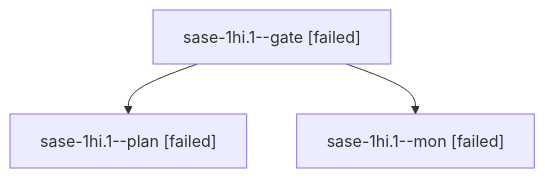
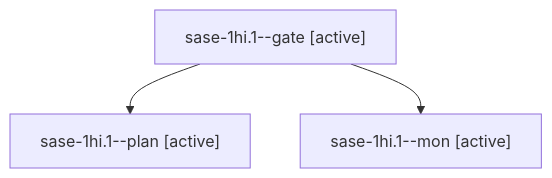
Before and after one commit to sase-org/sase--agents: the diagram in sessions/bbugyi200.apollo.sase-1hi.1.md, drawn with Mermaid. The commit also changed other lines of this file and 330 other files, not shown here.

````diff
--- a/sessions/bbugyi200.apollo.sase-1hi.1.md
+++ b/sessions/bbugyi200.apollo.sase-1hi.1.md
@@ -9,8 +9,8 @@
 ```mermaid
 flowchart TD
-  n0["sase-1hi.1--gate [failed]"]
-  n1["sase-1hi.1--plan [failed]"]
+  n0["sase-1hi.1--gate [active]"]
+  n1["sase-1hi.1--plan [active]"]
   n0 --> n1
-  n2["sase-1hi.1--mon [failed]"]
+  n2["sase-1hi.1--mon [active]"]
   n0 --> n2
 ```
````
